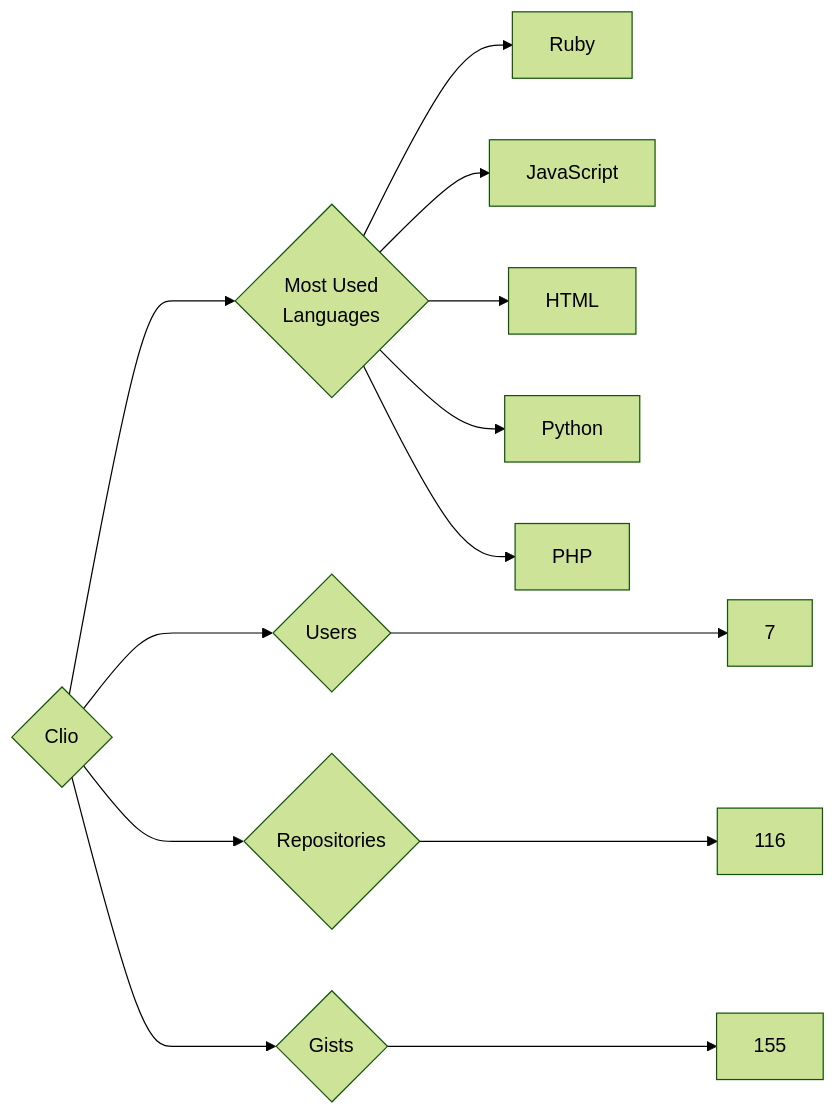
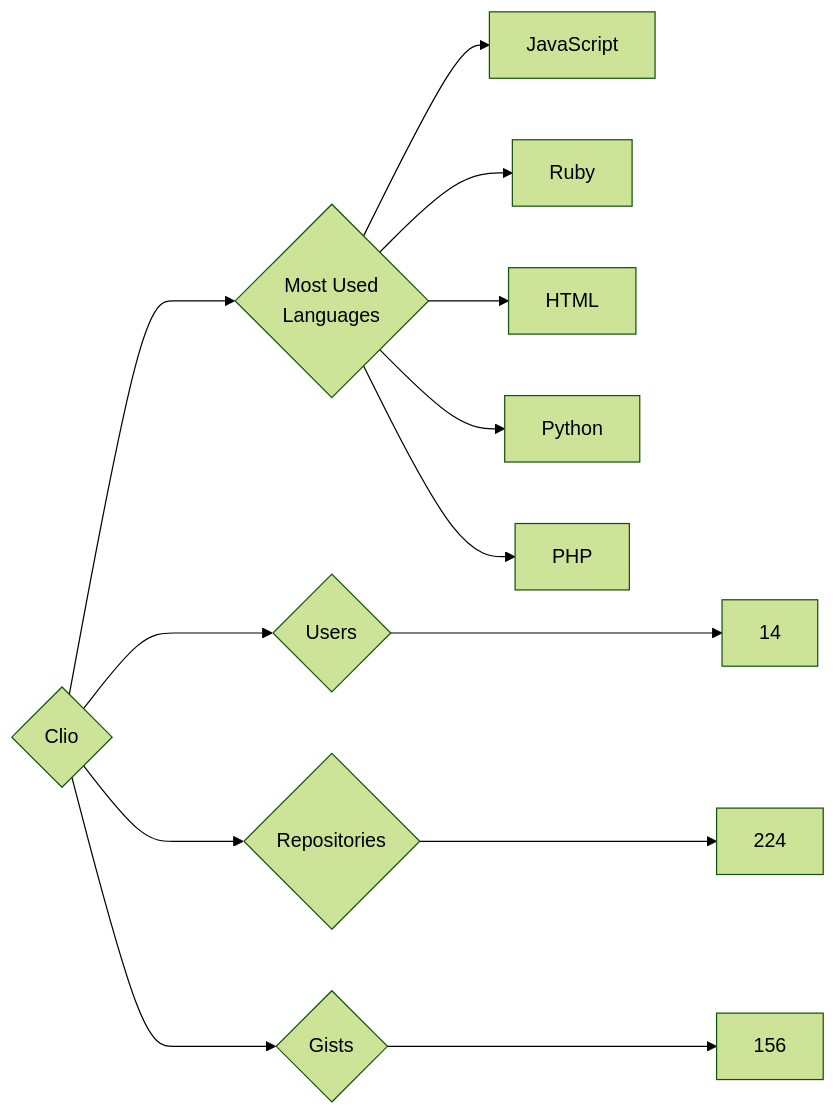
One commit to trickest/insiders changed the diagram in targets/Clio/README.md. Above: the diagram before and after it, drawn with Mermaid (forest theme). The commit also changed 809 other files, not shown here.

````diff
--- a/targets/Clio/README.md
+++ b/targets/Clio/README.md
@@ -3,13 +3,13 @@
 ```mermaid
 graph LR
 COMPANY_NAME{Clio}
-COMPANY_NAME ---> U{Users} ---> UN[7]
-COMPANY_NAME ---> R{Repositories} ---> RN[116]
-COMPANY_NAME ---> G{Gists} ---> GN[155]
+COMPANY_NAME ---> U{Users} ---> UN[14]
+COMPANY_NAME ---> R{Repositories} ---> RN[224]
+COMPANY_NAME ---> G{Gists} ---> GN[156]
 COMPANY_NAME ---> ML{Most Used<br>Languages}
+ML --> JavaScript[JavaScript]
 ML --> Ruby[Ruby]
-ML --> JavaScript[JavaScript]
 ML --> HTML[HTML]
 ML --> Python[Python]
 ML --> PHP[PHP]
 ```
````
